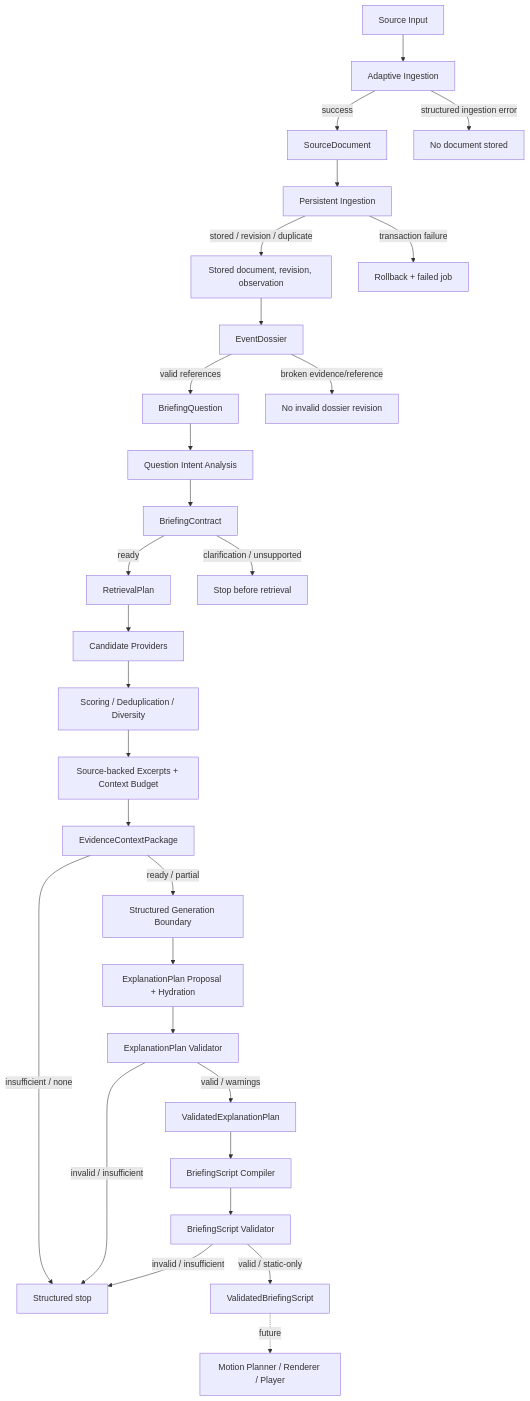
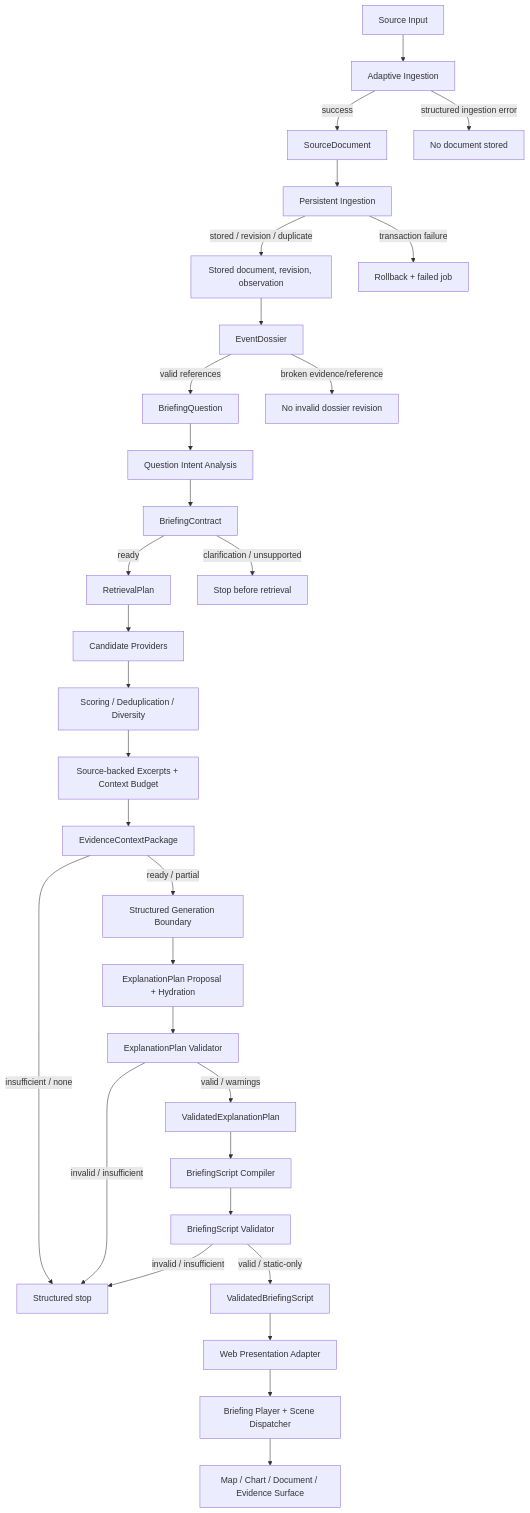
One commit to cooly12241113-glitch/world-news-ai changed the diagram in docs/architecture/End-to-End-Data-Flow.md. Above: the diagram before and after it, drawn with Mermaid. The commit also changed 55 other files, not shown here.

Commit message:
feat: add interactive briefing renderer prototype

````diff
--- a/docs/architecture/End-to-End-Data-Flow.md
+++ b/docs/architecture/End-to-End-Data-Flow.md
@@ -3,31 +3,33 @@
 ```mermaid
 flowchart TD
   S["Source Input"] --> I["Adaptive Ingestion"]
   I -->|success| D["SourceDocument"]
   I -->|structured ingestion error| IF["No document stored"]
   D --> P["Persistent Ingestion"]
   P -->|stored / revision / duplicate| R["Stored document, revision, observation"]
   P -->|transaction failure| PF["Rollback + failed job"]
   R --> E["EventDossier"]
   E -->|valid references| Q["BriefingQuestion"]
   E -->|broken evidence/reference| EF["No invalid dossier revision"]
   Q --> A["Question Intent Analysis"]
   A --> C["BriefingContract"]
   C -->|ready| RP["RetrievalPlan"]
   C -->|clarification / unsupported| CF["Stop before retrieval"]
   RP --> CP["Candidate Providers"]
   CP --> SD["Scoring / Deduplication / Diversity"]
   SD --> X["Source-backed Excerpts + Context Budget"]
   X --> EC["EvidenceContextPackage"]
   EC -->|ready / partial| GP["Structured Generation Boundary"]
   EC -->|insufficient / none| ES["Structured stop"]
   GP --> EP["ExplanationPlan Proposal + Hydration"]
   EP --> EV["ExplanationPlan Validator"]
   EV -->|valid / warnings| VP["ValidatedExplanationPlan"]
   EV -->|invalid / insufficient| ES["Structured stop"]
   VP --> SC["BriefingScript Compiler"]
   SC --> SV["BriefingScript Validator"]
   SV -->|valid / static-only| VS["ValidatedBriefingScript"]
   SV -->|invalid / insufficient| ES
-  VS -. future .-> F["Motion Planner / Renderer / Player"]
+  VS --> WA["Web Presentation Adapter"]
+  WA --> BP["Briefing Player + Scene Dispatcher"]
+  BP --> F["Map / Chart / Document / Evidence Surface"]
 ```
````
